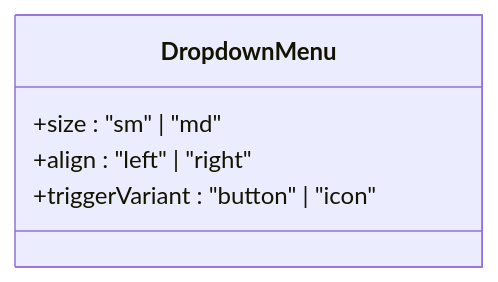
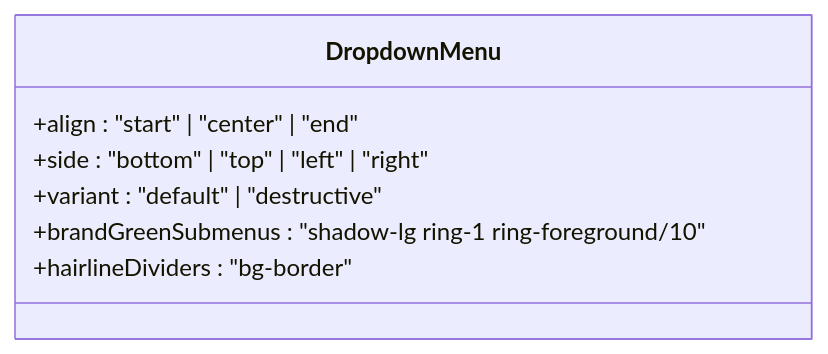
Before and after one commit to userisaziz/samaa-ai: diagram 13 of 18 in .qoder/repowiki/en/content/Frontend Application/UI Component Library & Design System.md, drawn with Mermaid. The commit also changed other lines of this file and 108 other files, not shown here.

````diff
--- a/.qoder/repowiki/en/content/Frontend Application/UI Component Library & Design System.md
+++ b/.qoder/repowiki/en/content/Frontend Application/UI Component Library & Design System.md
@@ -479,8 +740,10 @@
 ```mermaid
 classDiagram
 class DropdownMenu {
-+size : "sm" | "md"
-+align : "left" | "right"
-+triggerVariant : "button" | "icon"
++align : "start" | "center" | "end"
++side : "bottom" | "top" | "left" | "right"
++variant : "default" | "destructive"
++brandGreenSubmenus : "shadow-lg ring-1 ring-foreground/10"
++hairlineDividers : "bg-border"
 }
 ```
````
